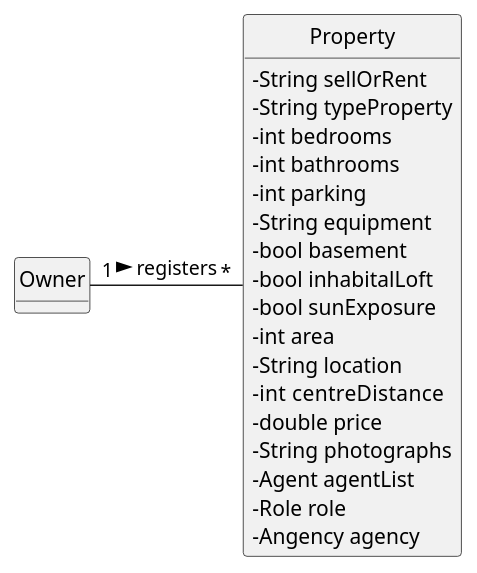
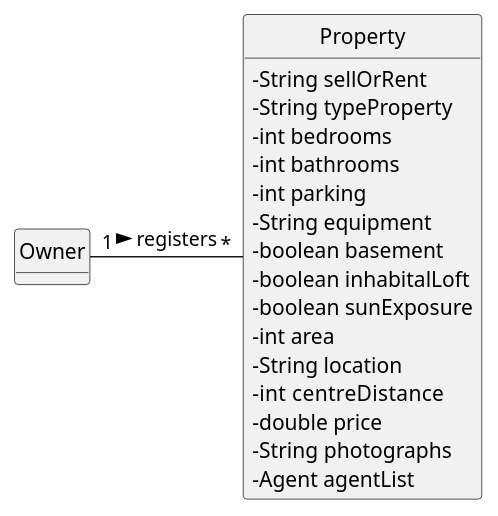
The diagram in docs/sprintB/US004/02.analysis/puml/US004-Domain-Model.puml (tiagohcorreia/LAPR2), drawn with PlantUML before and after one commit. The commit also changed 1 other file, not shown here.

```diff
--- a/docs/sprintB/US004/02.analysis/puml/US004-Domain-Model.puml
+++ b/docs/sprintB/US004/02.analysis/puml/US004-Domain-Model.puml
@@ -1,36 +1,34 @@
 @startuml
 skinparam monochrome true
 skinparam packageStyle rectangle
 skinparam shadowing false
 
 
 skinparam classAttributeIconSize 0
 
 hide circle
 hide methods
 
 class Owner {
 }
 
 class Property {
     - String sellOrRent
     - String typeProperty
     - int bedrooms
     - int bathrooms
     - int parking
     - String equipment
-    - bool basement
-    - bool inhabitalLoft
-    - bool sunExposure
+    - boolean basement
+    - boolean inhabitalLoft
+    - boolean sunExposure
     - int area
     - String location
     - int  centreDistance
     - double price
     - String photographs
     - Agent agentList
-    - Role role
-    - Angency agency
 }
 
 Owner "1" - "*" Property: registers >
 @enduml
```
